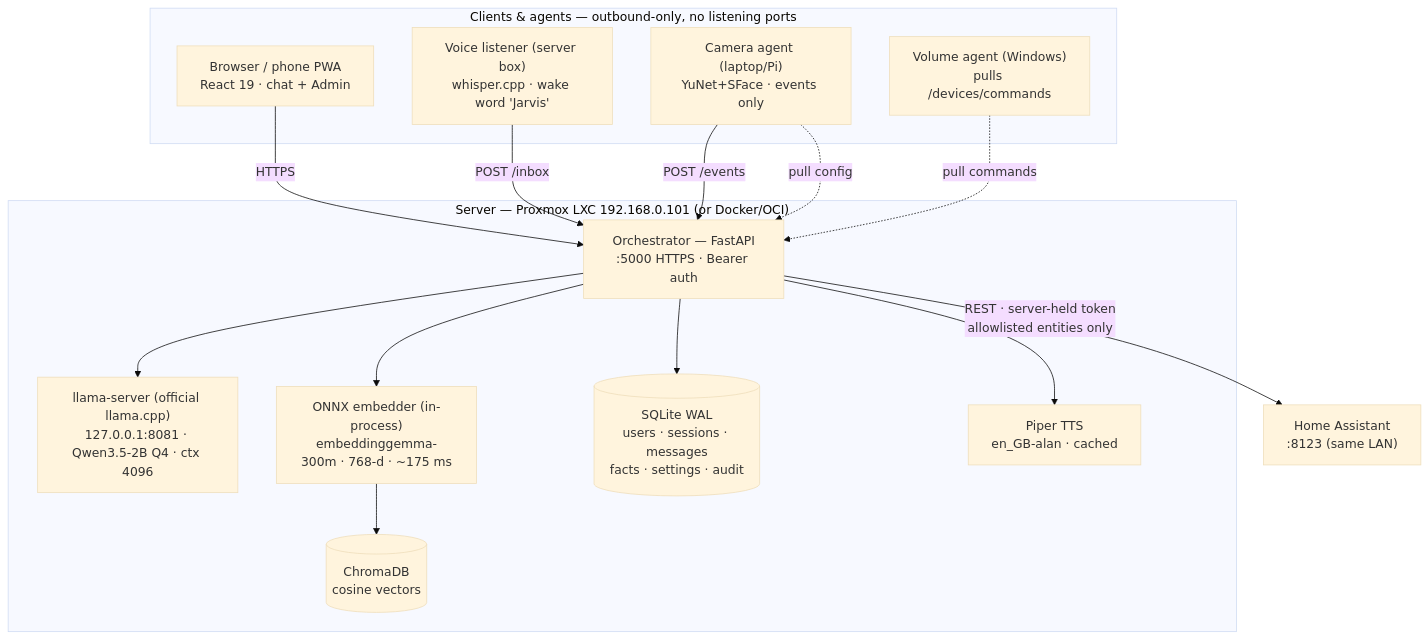
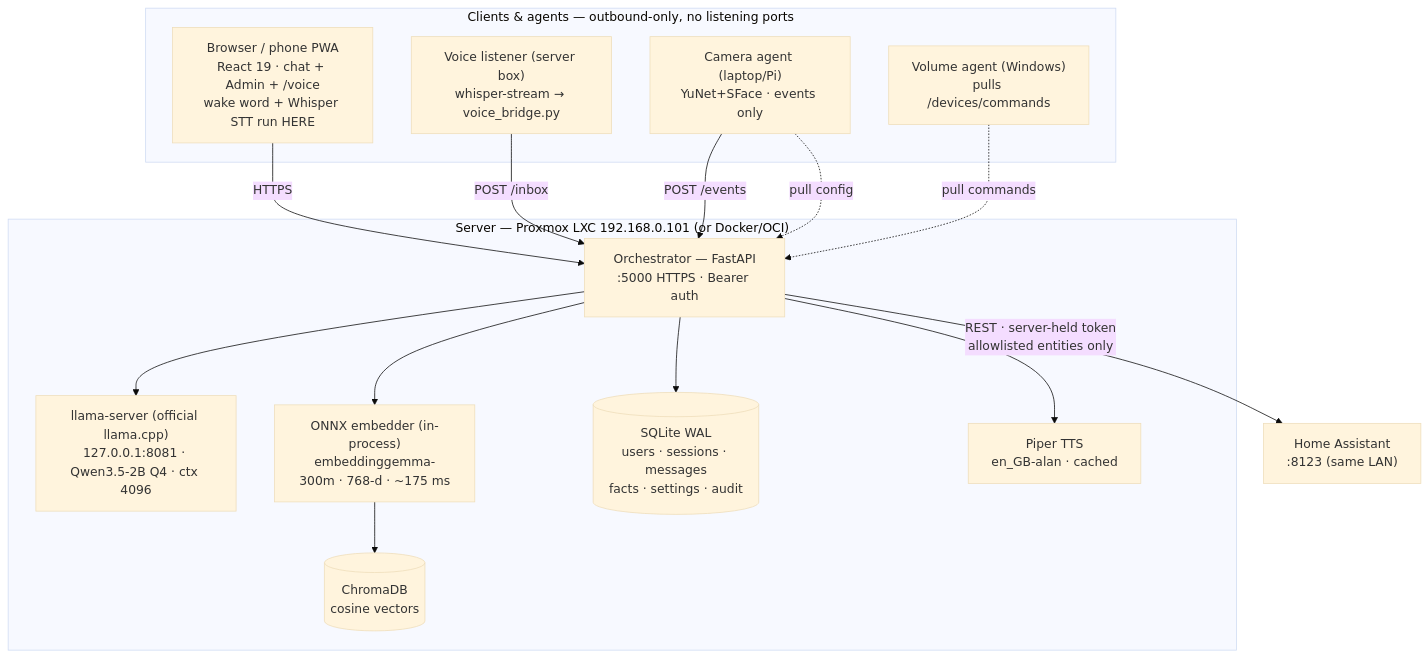
One commit to Ravijangid820/jarvis changed the first of 10 diagrams in docs/DIAGRAMS.md. Above: the diagram before and after it, drawn with Mermaid (base theme). The commit also changed other lines of this file and 10 other files, not shown here.

````diff
--- a/docs/DIAGRAMS.md
+++ b/docs/DIAGRAMS.md
@@ -11,28 +11,28 @@
 ```mermaid
 flowchart TB
   subgraph CLIENTS["Clients & agents — outbound-only, no listening ports"]
-    B["Browser / phone PWA<br/>React 19 · chat + Admin"]
-    V["Voice listener (server box)<br/>whisper.cpp · wake word 'Jarvis'"]
+    B["Browser / phone PWA<br/>React 19 · chat + Admin + /voice<br/>wake word + Whisper STT run HERE"]
+    V["Voice listener (server box)<br/>whisper-stream → voice_bridge.py"]
     CAM["Camera agent (laptop/Pi)<br/>YuNet+SFace · events only"]
     VOL["Volume agent (Windows)<br/>pulls /devices/commands"]
   end
   subgraph BOX["Server — Proxmox LXC 192.168.0.101 (or Docker/OCI)"]
     O["Orchestrator — FastAPI<br/>:5000 HTTPS · Bearer auth"]
     L["llama-server (official llama.cpp)<br/>127.0.0.1:8081 · Qwen3.5-2B Q4 · ctx 4096"]
     E["ONNX embedder (in-process)<br/>embeddinggemma-300m · 768-d · ~175 ms"]
     CH[("ChromaDB<br/>cosine vectors")]
     DB[("SQLite WAL<br/>users · sessions · messages<br/>facts · settings · audit")]
     T["Piper TTS<br/>en_GB-alan · cached"]
   end
   HA["Home Assistant<br/>:8123 (same LAN)"]
   B -->|HTTPS| O
   V -->|POST /inbox| O
   CAM -->|POST /events| O
   CAM -.->|pull config| O
   VOL -.->|pull commands| O
   O --> L
   O --> E --> CH
   O --> DB
   O --> T
   O -->|"REST · server-held token<br/>allowlisted entities only"| HA
 ```
````
